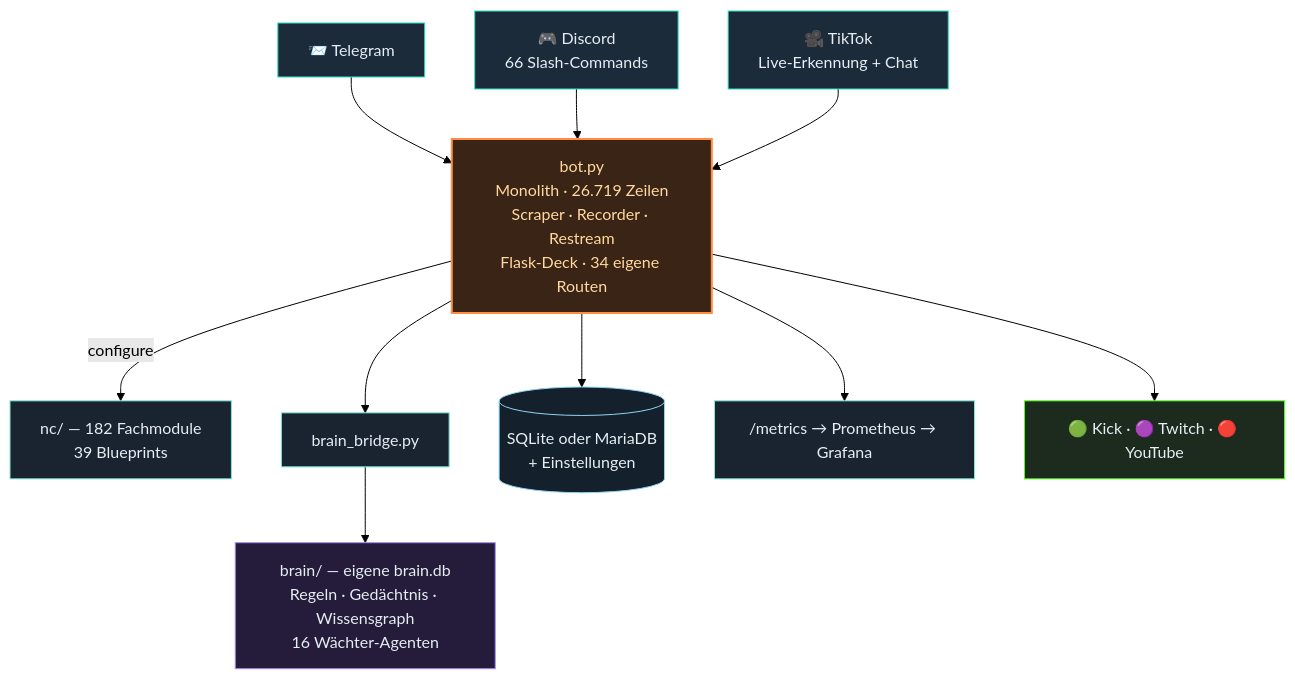
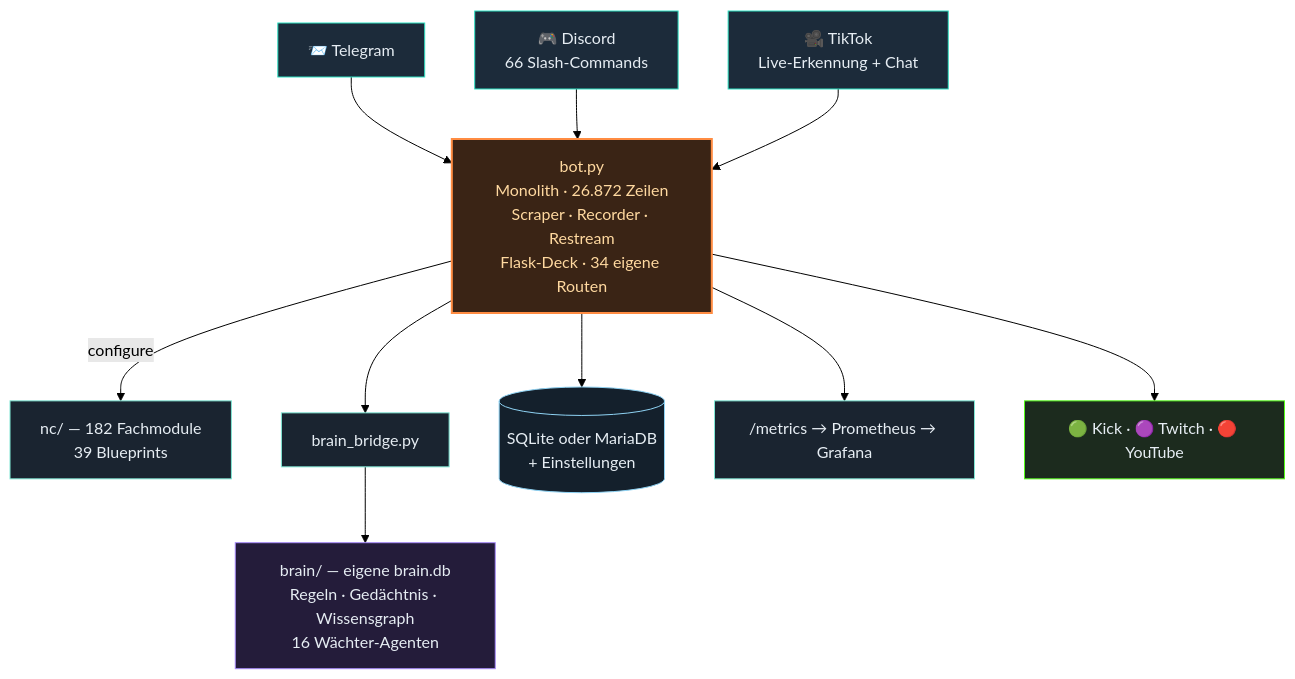
Before and after one commit to itsamemedev/Telegram-Stream-Info-Bot: the second of 3 diagrams in README.md, drawn with Mermaid (forest theme). The commit also changed other lines of this file and 14 other files, not shown here.

````diff
--- a/README.md
+++ b/README.md
@@ -118,19 +118,19 @@
 ```mermaid
 flowchart TB
     TG["📨 Telegram"]:::ein --> BOT
     DC["🎮 Discord<br/>66 Slash-Commands"]:::ein --> BOT
     TT["🎥 TikTok<br/>Live-Erkennung + Chat"]:::ein --> BOT
-    BOT["bot.py<br/>Monolith · 26.719 Zeilen<br/>Scraper · Recorder · Restream<br/>Flask-Deck · 34 eigene Routen"]:::core
+    BOT["bot.py<br/>Monolith · 26.872 Zeilen<br/>Scraper · Recorder · Restream<br/>Flask-Deck · 34 eigene Routen"]:::core
     BOT -->|configure| NC["nc/ — 182 Fachmodule<br/>39 Blueprints"]:::lib
     BOT --> BR["brain_bridge.py"]:::lib
     BR --> BRAIN["brain/ — eigene brain.db<br/>Regeln · Gedächtnis · Wissensgraph<br/>16 Wächter-Agenten"]:::brain
     BOT --> DB[("SQLite oder MariaDB<br/>+ Einstellungen")]:::db
     BOT --> PROM["/metrics → Prometheus → Grafana"]:::lib
     BOT --> OUT["🟢 Kick · 🟣 Twitch · 🔴 YouTube"]:::out
     classDef ein fill:#1c2b3a,stroke:#2de1c2,color:#e6edf3
     classDef core fill:#3a2415,stroke:#ff8c42,stroke-width:2px,color:#ffd9a0
     classDef lib fill:#1a2430,stroke:#7fe7d4,color:#e6edf3
     classDef brain fill:#241c3a,stroke:#a78bfa,color:#e6edf3
     classDef db fill:#14202c,stroke:#8fd3f4,color:#e6edf3
     classDef out fill:#1c2b1e,stroke:#53fc18,color:#e6edf3
 ```
````
